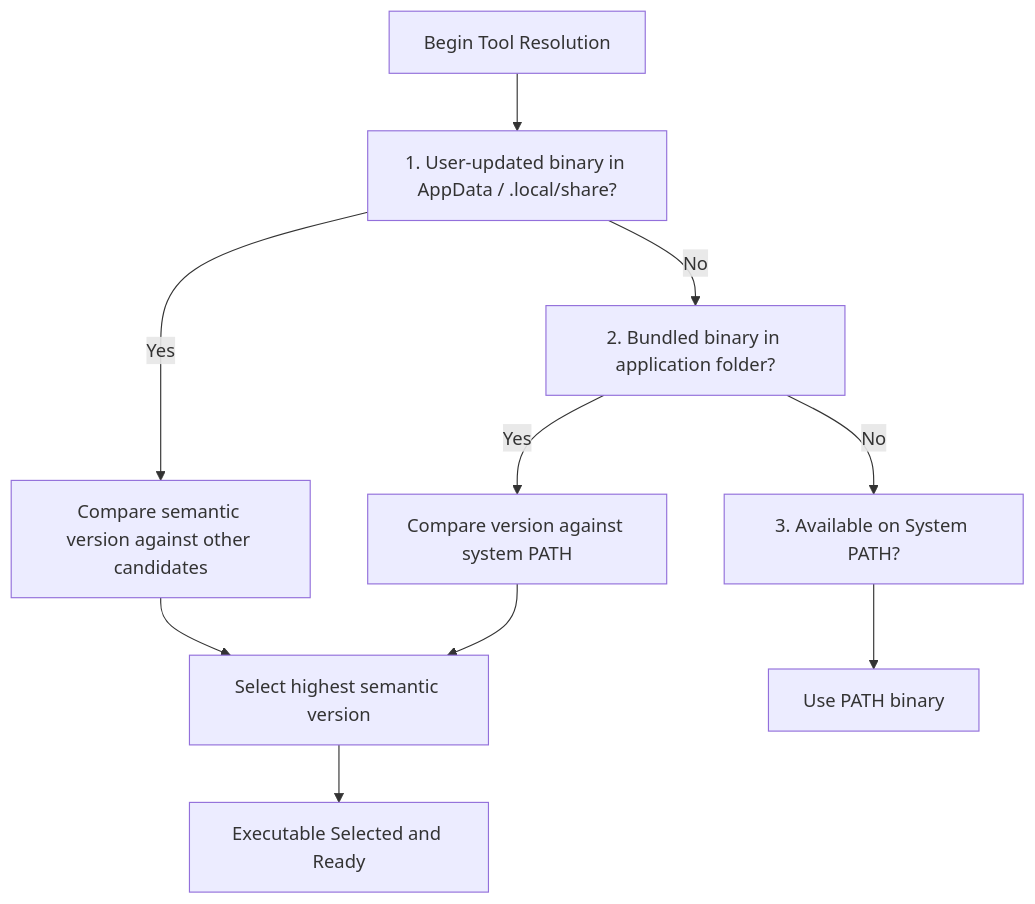
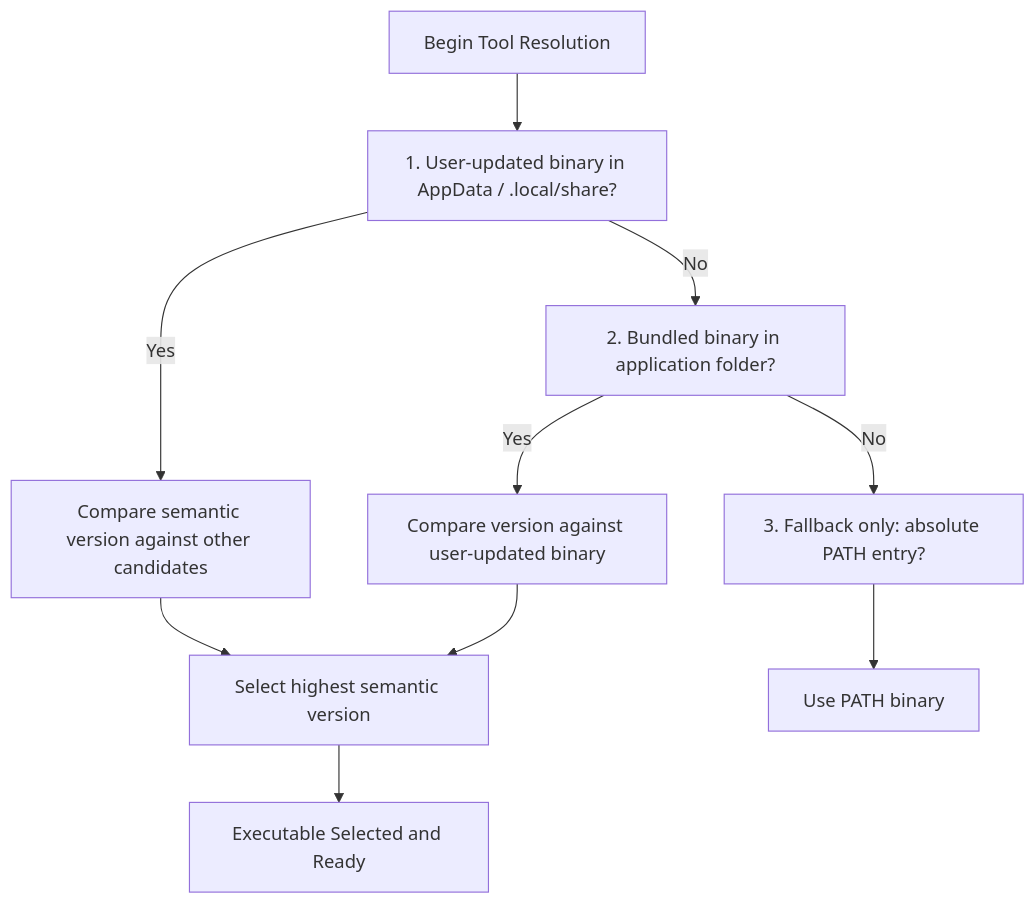
One commit to BadTonho/PrismDownloader changed the third of 3 diagrams in docs/ARCHITECTURE.md. Above: the diagram before and after it, drawn with Mermaid. The commit also changed other lines of this file and 5 other files, not shown here.

````diff
--- a/docs/ARCHITECTURE.md
+++ b/docs/ARCHITECTURE.md
@@ -133,12 +133,12 @@
 ```mermaid
 graph TD
     Start["Begin Tool Resolution"] --> CheckUser["1. User-updated binary in AppData / .local/share?"]
     CheckUser -- Yes --> CheckVer1["Compare semantic version against other candidates"]
     CheckUser -- No --> CheckBundled["2. Bundled binary in application folder?"]
-    CheckBundled -- Yes --> CheckVer2["Compare version against system PATH"]
-    CheckBundled -- No --> CheckPath["3. Available on System PATH?"]
+    CheckBundled -- Yes --> CheckVer2["Compare version against user-updated binary"]
+    CheckBundled -- No --> CheckPath["3. Fallback only: absolute PATH entry?"]
     CheckVer1 --> PickNewest["Select highest semantic version"]
     CheckVer2 --> PickNewest
     CheckPath --> UsePath["Use PATH binary"]
     PickNewest --> Ready["Executable Selected and Ready"]
 ```
````
